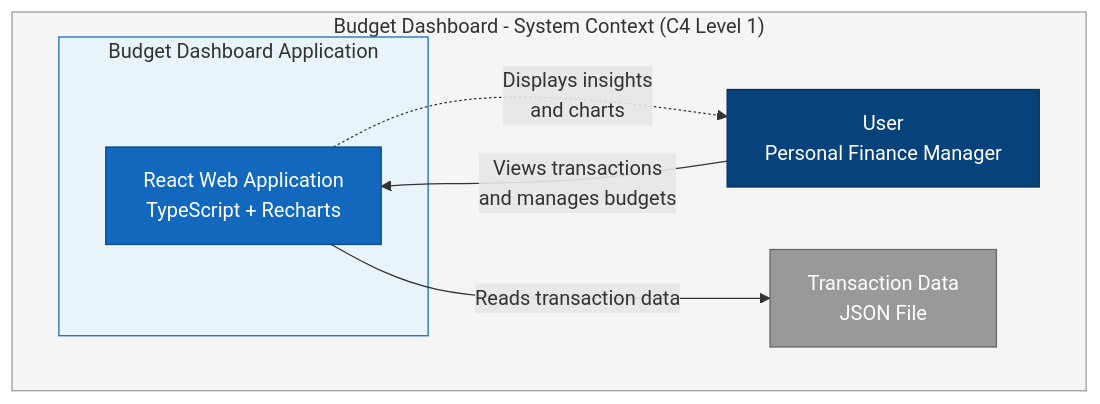
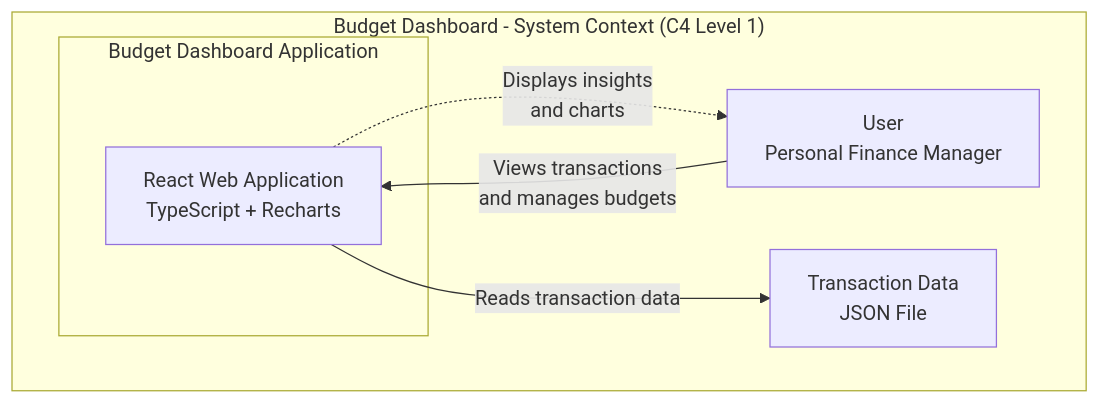
One commit to PradnyaSA/MyAIExperiments changed the first of 2 diagrams in vibe-lab/step1/budget-dashboard-app/README.md. Above: the diagram before and after it, drawn with Mermaid. The commit also changed other lines of this file, not shown here.

Commit message:
update readme w OxDraw output

````diff
--- a/vibe-lab/step1/budget-dashboard-app/README.md
+++ b/vibe-lab/step1/budget-dashboard-app/README.md
@@ -8,22 +5,45 @@
 ```mermaid
 graph TB
     subgraph SystemContext["Budget Dashboard - System Context (C4 Level 1)"]
         User[User<br/>Personal Finance Manager]
 
         subgraph BudgetDashboard["Budget Dashboard Application"]
             System[React Web Application<br/>TypeScript + Recharts]
         end
 
         DataSource[Transaction Data<br/>JSON File]
     end
 
     User -->|Views transactions<br/>and manages budgets| System
     System -.->|Displays insights<br/>and charts| User
     System -->|Reads transaction data| DataSource
 
-    style User fill:#08427b,stroke:#052e56,color:#fff
-    style System fill:#1168bd,stroke:#0b4884,color:#fff
-    style DataSource fill:#999,stroke:#666,color:#fff
-    style BudgetDashboard fill:#e8f4f8,stroke:#1168bd
-    style SystemContext fill:#f5f5f5,stroke:#999
+%% OXDRAW LAYOUT START
+%% {
+%%   "nodes": {
+%%     "System": {
+%%       "x": 190.0,
+%%       "y": 390.0
+%%     },
+%%     "DataSource": {
+%%       "x": 190.0,
+%%       "y": 550.0
+%%     }
+%%   },
+%%   "edges": {},
+%%   "node_styles": {
+%%     "DataSource": {
+%%       "fill": "#8bfd93"
+%%     },
+%%     "User": {
+%%       "fill": "#8dfd8b"
+%%     },
+%%     "System": {
+%%       "fill": "#8bb7fd"
+%%     }
+%%   },
+%%   "edge_styles": {}
+%% }
+%% OXDRAW LAYOUT END
+
 ```
````
